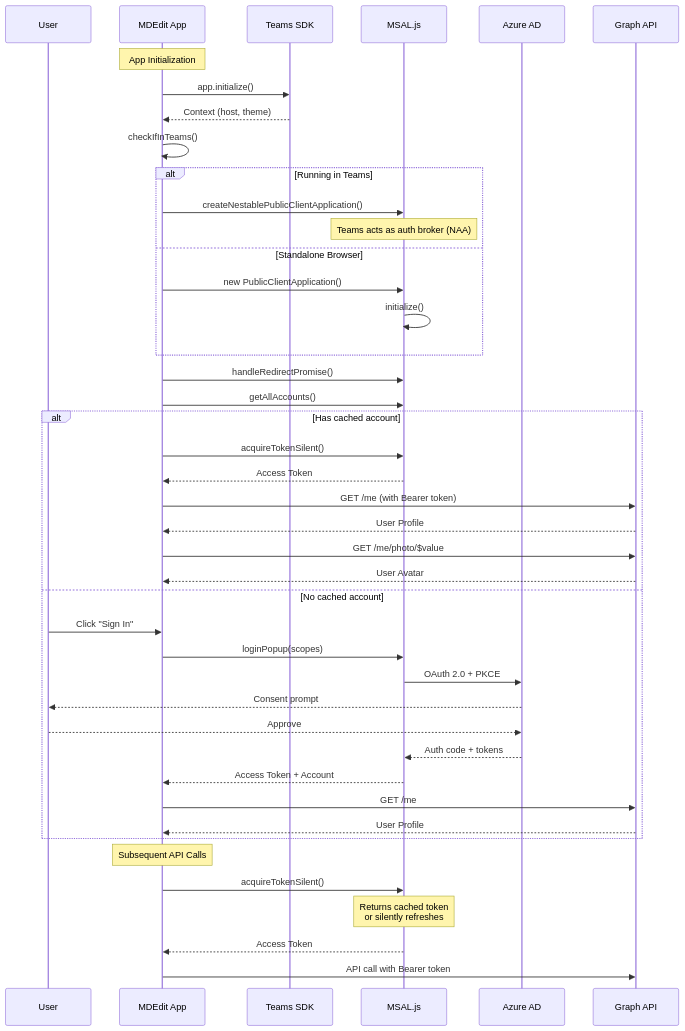
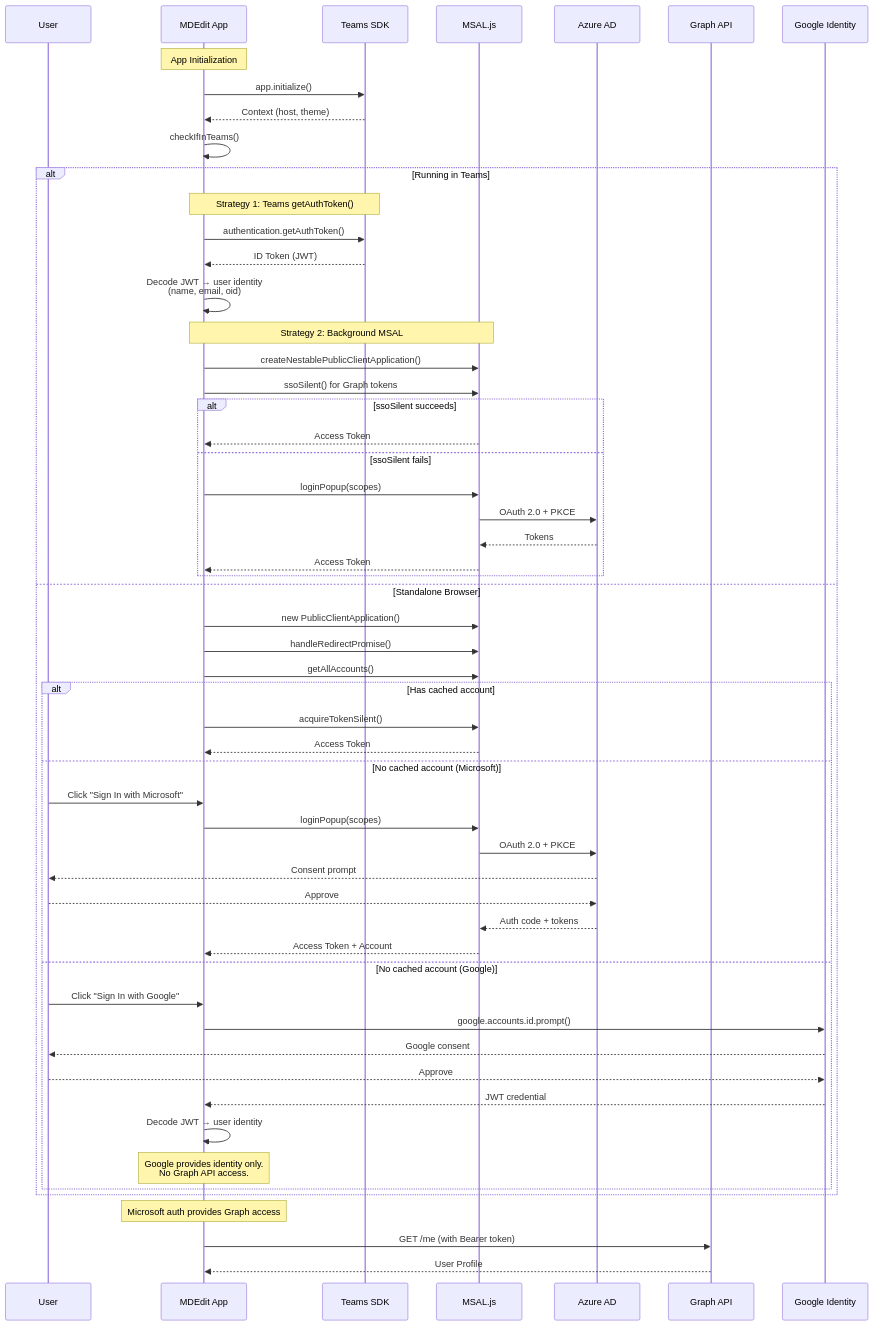
One commit to mazharm/mdedit changed the fourth of 14 diagrams in docs/DESIGN.md. Above: the diagram before and after it, drawn with Mermaid. The commit also changed other lines of this file and 3 other files, not shown here.

````diff
--- a/docs/DESIGN.md
+++ b/docs/DESIGN.md
@@ -131,50 +150,63 @@
 ```mermaid
 sequenceDiagram
     participant U as User
     participant App as MDEdit App
     participant SDK as Teams SDK
     participant MSAL as MSAL.js
     participant AAD as Azure AD
     participant Graph as Graph API
+    participant GIS as Google Identity
 
     Note over App: App Initialization
     App->>SDK: app.initialize()
     SDK-->>App: Context (host, theme)
     App->>App: checkIfInTeams()
 
     alt Running in Teams
+        Note over App,SDK: Strategy 1: Teams getAuthToken()
+        App->>SDK: authentication.getAuthToken()
+        SDK-->>App: ID Token (JWT)
+        App->>App: Decode JWT → user identity<br/>(name, email, oid)
+
+        Note over App,MSAL: Strategy 2: Background MSAL
         App->>MSAL: createNestablePublicClientApplication()
-        Note over MSAL: Teams acts as auth broker (NAA)
+        App->>MSAL: ssoSilent() for Graph tokens
+        alt ssoSilent succeeds
+            MSAL-->>App: Access Token
+        else ssoSilent fails
+            App->>MSAL: loginPopup(scopes)
+            MSAL->>AAD: OAuth 2.0 + PKCE
+            AAD-->>MSAL: Tokens
+            MSAL-->>App: Access Token
+        end
     else Standalone Browser
         App->>MSAL: new PublicClientApplication()
-        MSAL->>MSAL: initialize()
+        App->>MSAL: handleRedirectPromise()
+        App->>MSAL: getAllAccounts()
+
+        alt Has cached account
+            App->>MSAL: acquireTokenSilent()
+            MSAL-->>App: Access Token
+        else No cached account (Microsoft)
+            U->>App: Click "Sign In with Microsoft"
+            App->>MSAL: loginPopup(scopes)
+            MSAL->>AAD: OAuth 2.0 + PKCE
+            AAD-->>U: Consent prompt
+            U-->>AAD: Approve
+            AAD-->>MSAL: Auth code + tokens
+            MSAL-->>App: Access Token + Account
+        else No cached account (Google)
+            U->>App: Click "Sign In with Google"
+            App->>GIS: google.accounts.id.prompt()
+            GIS-->>U: Google consent
+            U-->>GIS: Approve
+            GIS-->>App: JWT credential
+            App->>App: Decode JWT → user identity
+            Note over App: Google provides identity only.<br/>No Graph API access.
+        end
     end
 
-    App->>MSAL: handleRedirectPromise()
-    App->>MSAL: getAllAccounts()
-
-    alt Has cached account
-        App->>MSAL: acquireTokenSilent()
-        MSAL-->>App: Access Token
-        App->>Graph: GET /me (with Bearer token)
-        Graph-->>App: User Profile
-        App->>Graph: GET /me/photo/$value
-        Graph-->>App: User Avatar
-    else No cached account
-        U->>App: Click "Sign In"
-        App->>MSAL: loginPopup(scopes)
-        MSAL->>AAD: OAuth 2.0 + PKCE
-        AAD-->>U: Consent prompt
-        U-->>AAD: Approve
-        AAD-->>MSAL: Auth code + tokens
-        MSAL-->>App: Access Token + Account
-        App->>Graph: GET /me
-        Graph-->>App: User Profile
-    end
-
-    Note over App: Subsequent API Calls
-    App->>MSAL: acquireTokenSilent()
-    Note over MSAL: Returns cached token<br/>or silently refreshes
-    MSAL-->>App: Access Token
-    App->>Graph: API call with Bearer token
+    Note over App: Microsoft auth provides Graph access
+    App->>Graph: GET /me (with Bearer token)
+    Graph-->>App: User Profile
 ```
````
